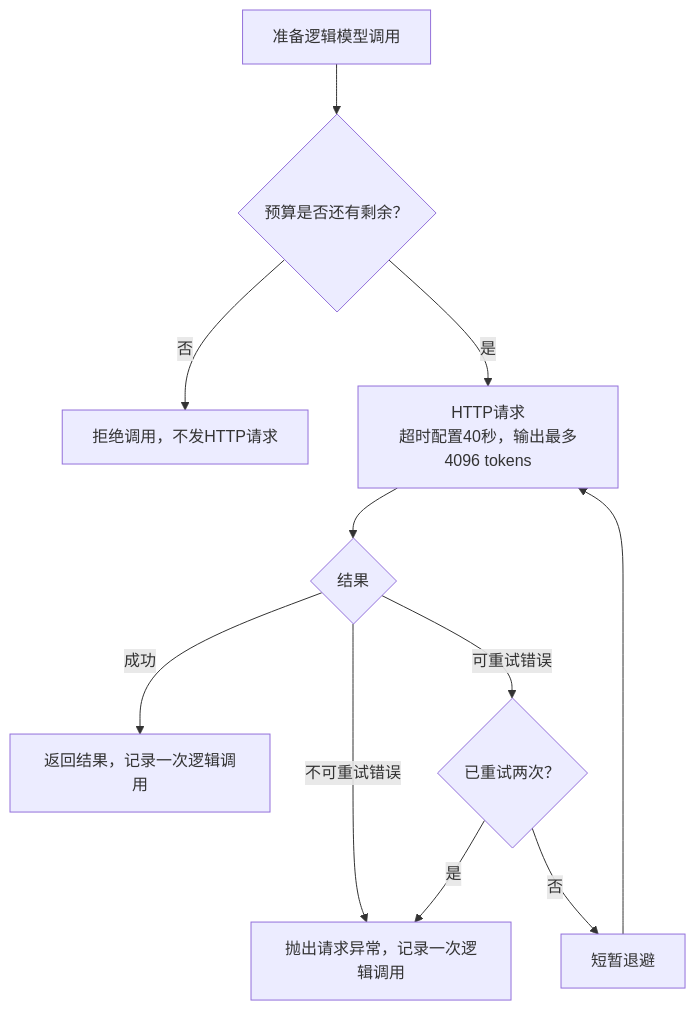
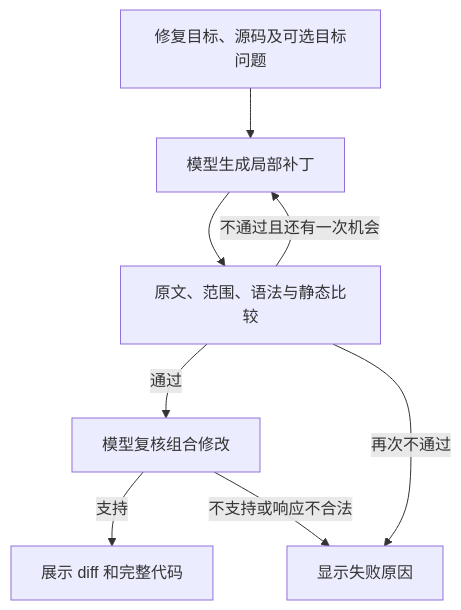
Before and after one commit to Fang-Xinyu/code-review-agent: the fourth of 5 diagrams in Design.md, drawn with Mermaid. The commit also changed other lines of this file and 14 other files, not shown here.

````diff
--- a/Design.md
+++ b/Design.md
@@ -219,13 +211,10 @@
 ```mermaid
 flowchart TD
-    A["准备逻辑模型调用"] --> B{"预算是否还有剩余？"}
-    B -->|否| X["拒绝调用，不发HTTP请求"]
-    B -->|是| C["HTTP请求<br/>超时配置40秒，输出最多4096 tokens"]
-    C --> D{"结果"}
-    D -->|成功| E["返回结果，记录一次逻辑调用"]
-    D -->|不可重试错误| F["抛出请求异常，记录一次逻辑调用"]
-    D -->|可重试错误| G{"已重试两次？"}
-    G -->|否| H["短暂退避"]
-    H --> C
-    G -->|是| F
+    A["修复目标、源码及可选目标问题"] --> B["模型生成局部补丁"]
+    B --> C["原文、范围、语法与静态比较"]
+    C -->|不通过且还有一次机会| B
+    C -->|通过| D["模型复核组合修改"]
+    D -->|支持| E["展示 diff 和完整代码"]
+    C -->|再次不通过| F["显示失败原因"]
+    D -->|不支持或响应不合法| F
 ```
````
